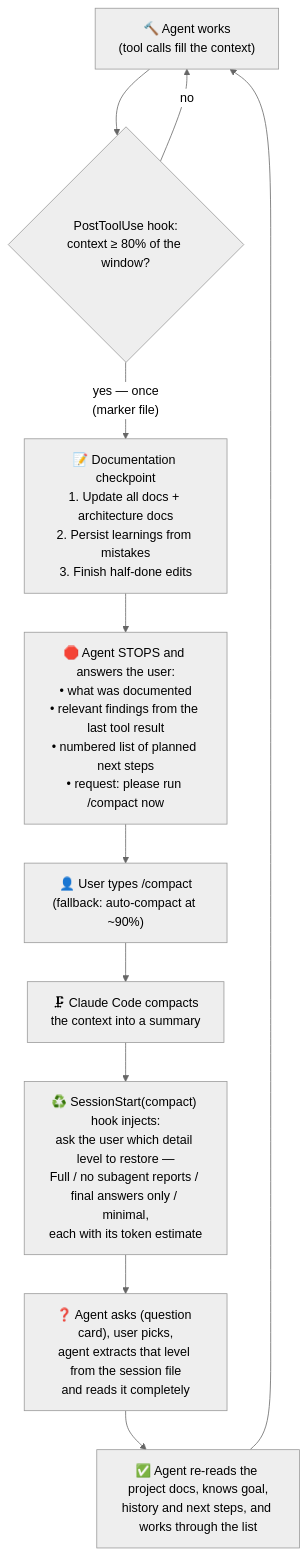
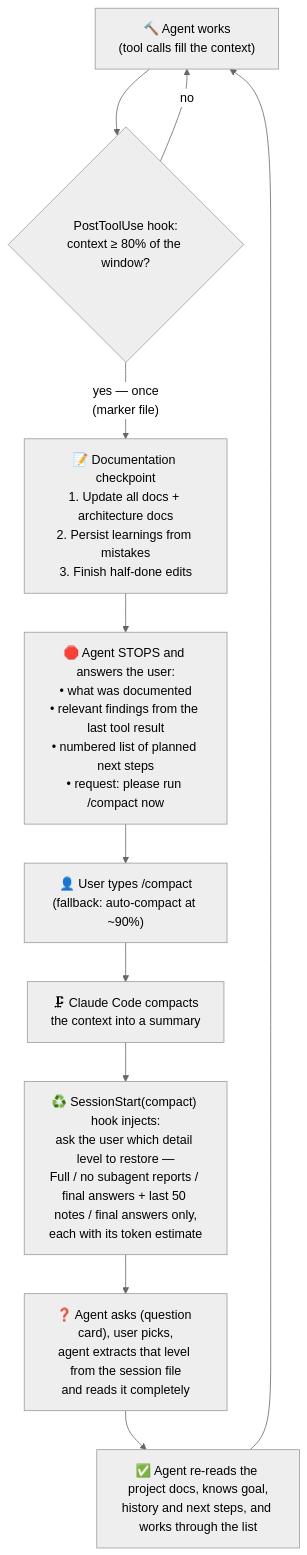
One commit to hafnera/context-cycle changed the diagram in docs/context-cycle.md. Above: the diagram before and after it, drawn with Mermaid (neutral theme). The commit also changed other lines of this file and 8 other files, not shown here.

Commit message:
New detail level 'Final answers + last 50 notes' (--notes-last) on the question card; Minimal on request (v1.18.0)

````diff
--- a/docs/context-cycle.md
+++ b/docs/context-cycle.md
@@ -27,13 +27,13 @@
 ```mermaid
 flowchart TD
     A["🔨 Agent works<br/>(tool calls fill the context)"] --> B{"PostToolUse hook:<br/>context ≥ 80% of the window?"}
     B -- "no" --> A
     B -- "yes — once<br/>(marker file)" --> C["📝 Documentation checkpoint<br/>1. Update all docs + architecture docs<br/>2. Persist learnings from mistakes<br/>3. Finish half-done edits"]
     C --> D["🛑 Agent STOPS and answers the user:<br/>• what was documented<br/>• relevant findings from the last tool result<br/>• numbered list of planned next steps<br/>• request: please run /compact now"]
     D --> E["👤 User types /compact<br/>(fallback: auto-compact at ~90%)"]
     E --> F["🗜 Claude Code compacts<br/>the context into a summary"]
-    F --> G["♻️ SessionStart(compact) hook injects:<br/>ask the user which detail level to restore —<br/>Full / no subagent reports / final answers only / minimal,<br/>each with its token estimate"]
+    F --> G["♻️ SessionStart(compact) hook injects:<br/>ask the user which detail level to restore —<br/>Full / no subagent reports / final answers + last 50 notes / final answers only,<br/>each with its token estimate"]
     G --> H["❓ Agent asks (question card), user picks,<br/>agent extracts that level from the session file<br/>and reads it completely"]
     H --> I["✅ Agent re-reads the project docs, knows goal,<br/>history and next steps, and works through the list"]
     I --> A
 ```
````
